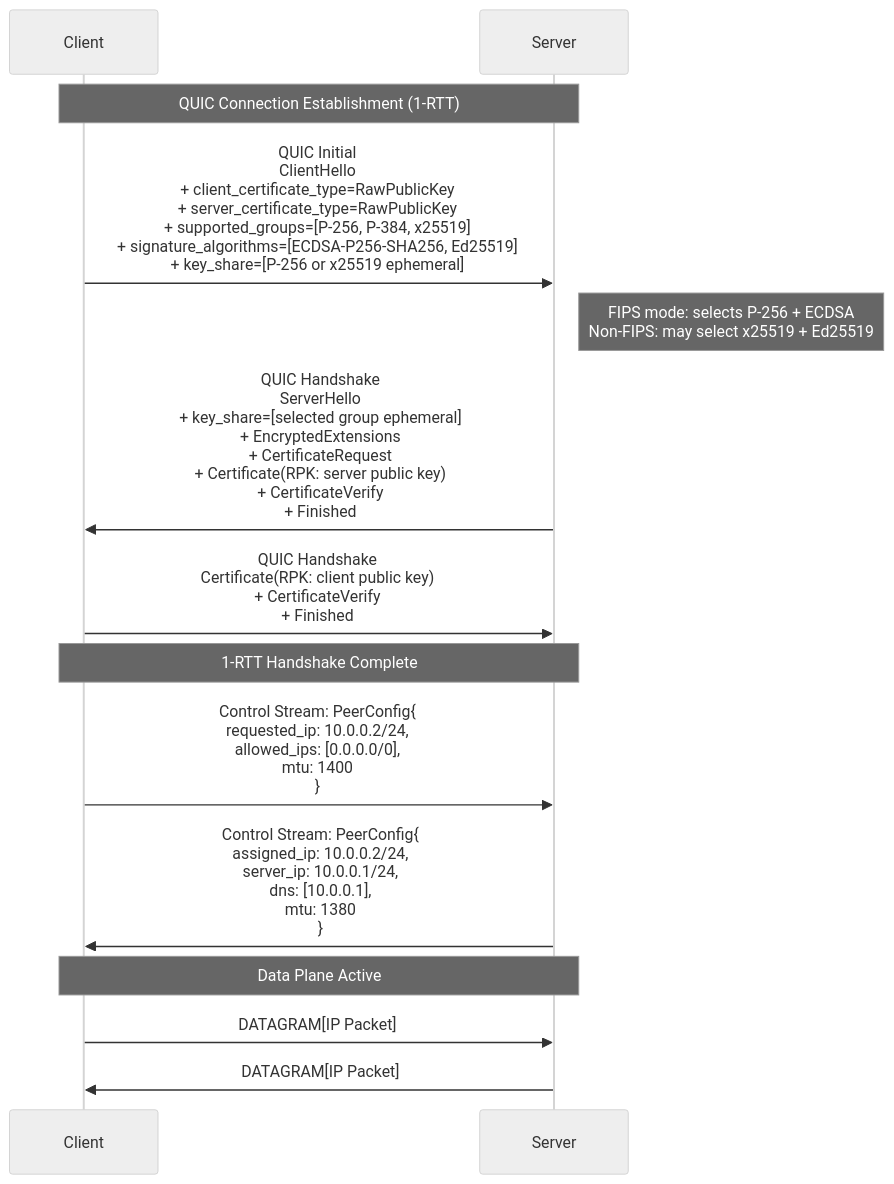
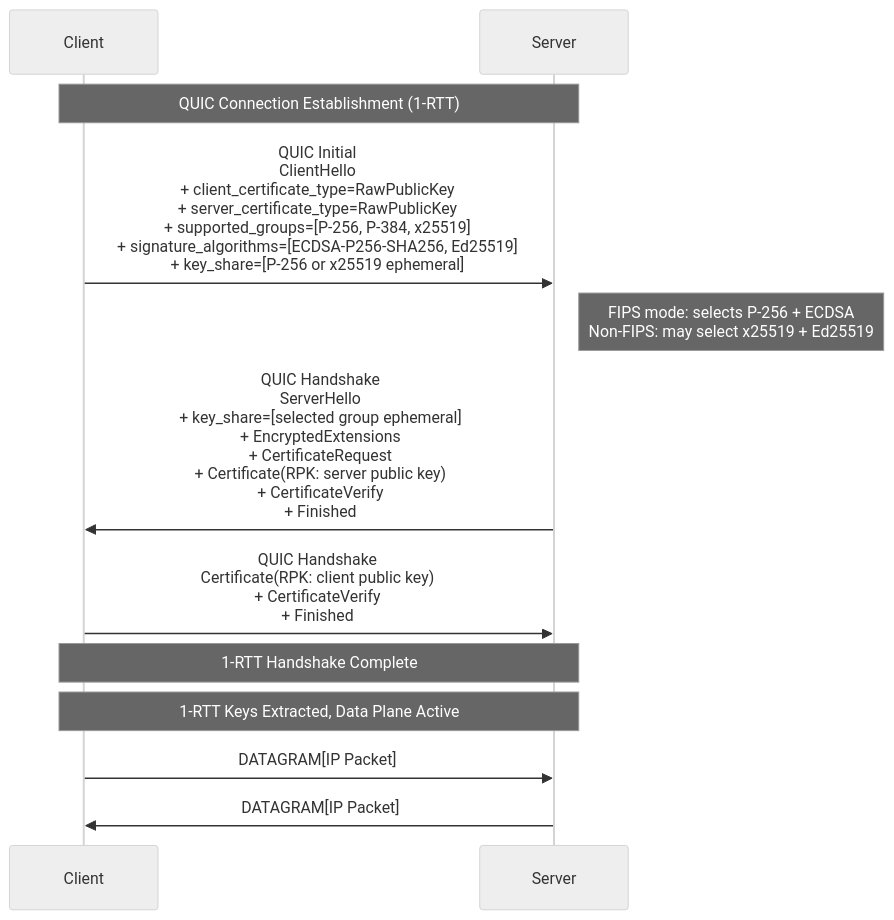
One commit to ghatdev/quictun changed the second of 4 diagrams in docs/whitepaper.md. Above: the diagram before and after it, drawn with Mermaid (neutral theme). The commit also changed other lines of this file, not shown here.

First line of the commit message:
update whitepaper: remove in-band control plane references

````diff
--- a/docs/whitepaper.md
+++ b/docs/whitepaper.md
@@ -270,26 +268,22 @@
 ```mermaid
 sequenceDiagram
     participant C as Client
     participant S as Server
 
     Note over C,S: QUIC Connection Establishment (1-RTT)
 
     C->>S: QUIC Initial<br/>ClientHello<br/>+ client_certificate_type=RawPublicKey<br/>+ server_certificate_type=RawPublicKey<br/>+ supported_groups=[P-256, P-384, x25519]<br/>+ signature_algorithms=[ECDSA-P256-SHA256, Ed25519]<br/>+ key_share=[P-256 or x25519 ephemeral]
 
     Note right of S: FIPS mode: selects P-256 + ECDSA<br/>Non-FIPS: may select x25519 + Ed25519
 
     S->>C: QUIC Handshake<br/>ServerHello<br/>+ key_share=[selected group ephemeral]<br/>+ EncryptedExtensions<br/>+ CertificateRequest<br/>+ Certificate(RPK: server public key)<br/>+ CertificateVerify<br/>+ Finished
 
     C->>S: QUIC Handshake<br/>Certificate(RPK: client public key)<br/>+ CertificateVerify<br/>+ Finished
 
     Note over C,S: 1-RTT Handshake Complete
 
-    C->>S: Control Stream: PeerConfig{<br/>  requested_ip: 10.0.0.2/24,<br/>  allowed_ips: [0.0.0.0/0],<br/>  mtu: 1400<br/>}
-
-    S->>C: Control Stream: PeerConfig{<br/>  assigned_ip: 10.0.0.2/24,<br/>  server_ip: 10.0.0.1/24,<br/>  dns: [10.0.0.1],<br/>  mtu: 1380<br/>}
-
-    Note over C,S: Data Plane Active
+    Note over C,S: 1-RTT Keys Extracted, Data Plane Active
 
     C->>S: DATAGRAM[IP Packet]
     S->>C: DATAGRAM[IP Packet]
 ```
````
